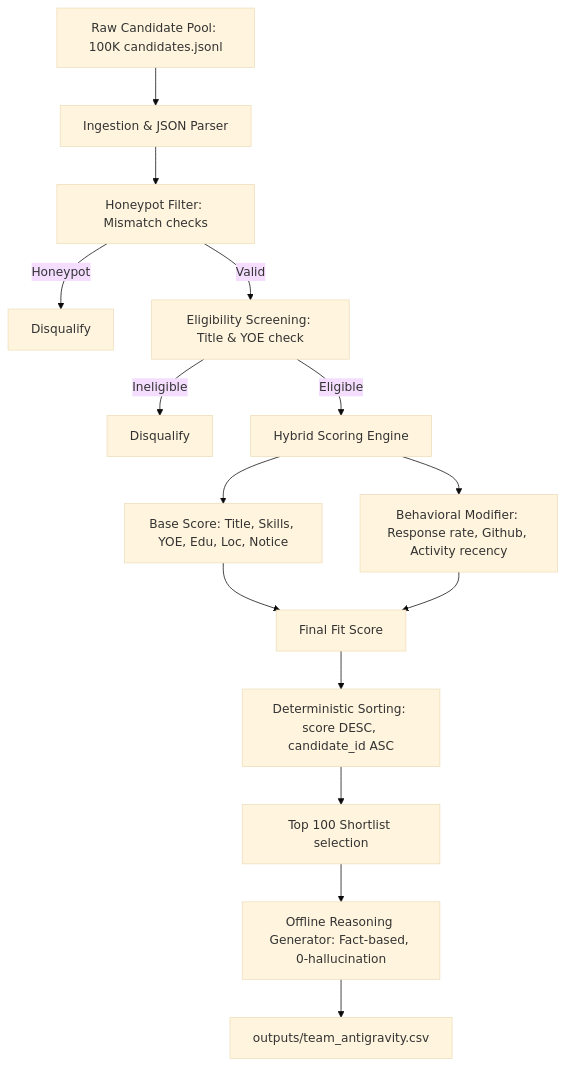
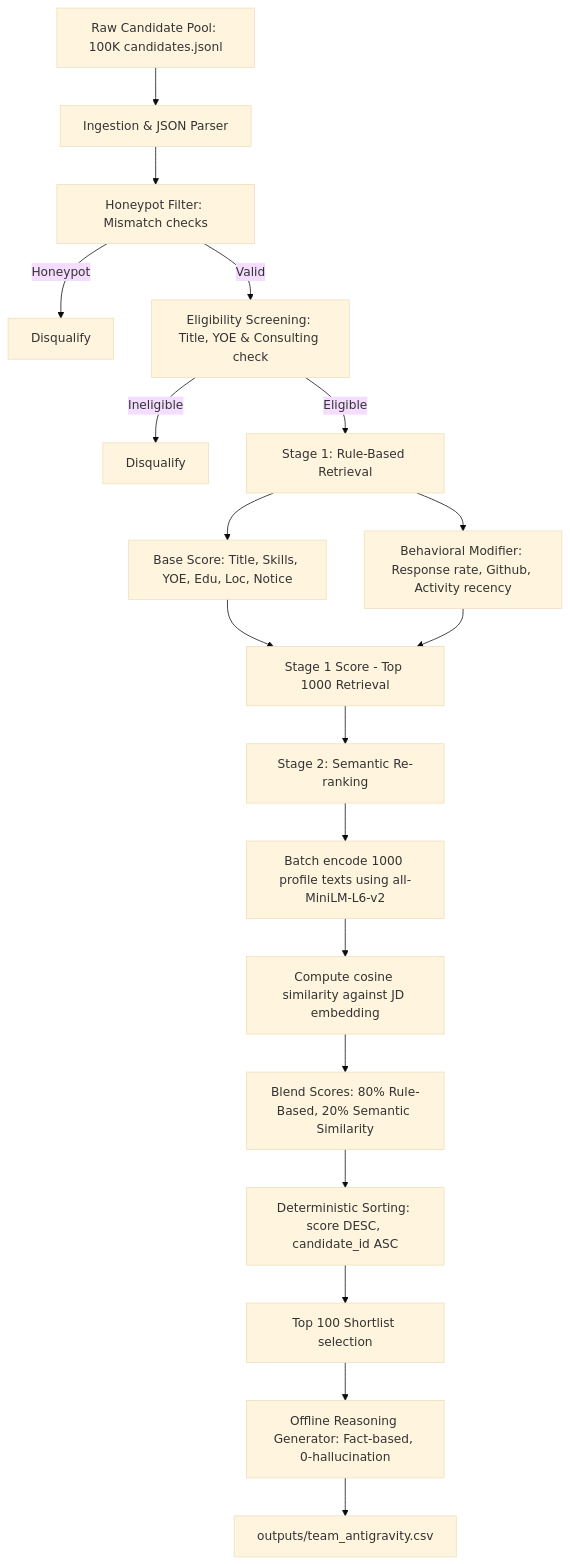
The diagram in docs/approach.md (jancysen/ai-ranking-system), drawn with Mermaid (base theme) before and after one commit. The commit also changed other lines of this file and 5 other files, not shown here.

````diff
--- a/docs/approach.md
+++ b/docs/approach.md
@@ -13,16 +13,20 @@
 ```mermaid
 graph TD
     A[Raw Candidate Pool: 100K candidates.jsonl] --> B[Ingestion & JSON Parser]
     B --> C[Honeypot Filter: Mismatch checks]
     C -->|Honeypot| D[Disqualify]
-    C -->|Valid| E[Eligibility Screening: Title & YOE check]
+    C -->|Valid| E[Eligibility Screening: Title, YOE & Consulting check]
     E -->|Ineligible| F[Disqualify]
-    E -->|Eligible| G[Hybrid Scoring Engine]
+    E -->|Eligible| G[Stage 1: Rule-Based Retrieval]
     G --> H[Base Score: Title, Skills, YOE, Edu, Loc, Notice]
     G --> I[Behavioral Modifier: Response rate, Github, Activity recency]
-    H & I --> J[Final Fit Score]
-    J --> K[Deterministic Sorting: score DESC, candidate_id ASC]
-    K --> L[Top 100 Shortlist selection]
-    L --> M[Offline Reasoning Generator: Fact-based, 0-hallucination]
-    M --> N[outputs/team_antigravity.csv]
+    H & I --> J[Stage 1 Score - Top 1000 Retrieval]
+    J --> K[Stage 2: Semantic Re-ranking]
+    K --> L[Batch encode 1000 profile texts using all-MiniLM-L6-v2]
+    L --> M[Compute cosine similarity against JD embedding]
+    M --> N[Blend Scores: 80% Rule-Based, 20% Semantic Similarity]
+    N --> O[Deterministic Sorting: score DESC, candidate_id ASC]
+    O --> P[Top 100 Shortlist selection]
+    P --> Q[Offline Reasoning Generator: Fact-based, 0-hallucination]
+    Q --> R[outputs/team_antigravity.csv]
 ```
````
